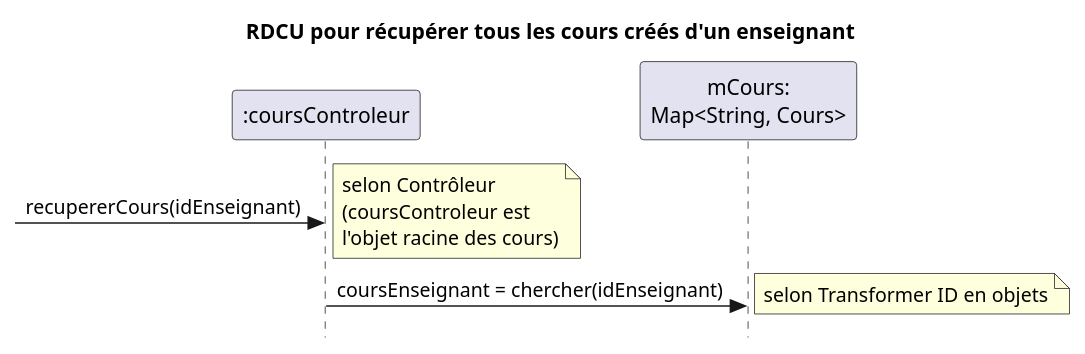
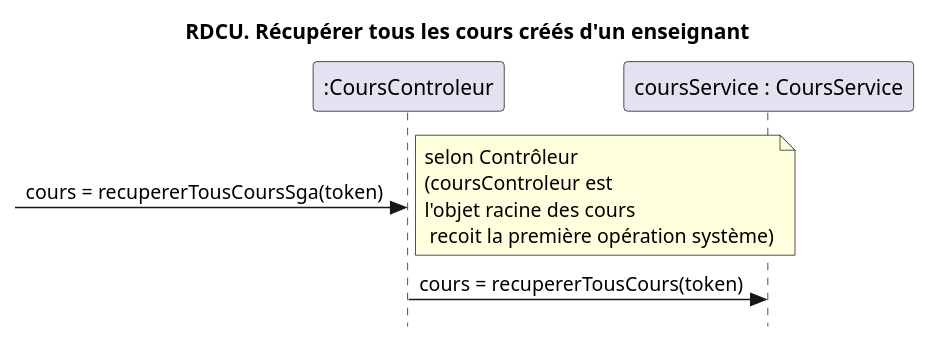
The first of 2 diagrams in docs/RDCU_Recuperer_Cours.puml (nerdz88/SGA-TS), drawn with PlantUML before and after one commit. The commit also changed other lines of this file and 9 other files, not shown here.

```diff
--- a/docs/RDCU_Recuperer_Cours.puml
+++ b/docs/RDCU_Recuperer_Cours.puml
@@ -1,12 +1,11 @@
-@startuml 
+@startuml récupérer tous les cours créés
 skinparam style strictuml
 skinparam defaultfontname Verdana
-title RDCU pour récupérer tous les cours créés d'un enseignant
-participant ":coursControleur" as controleur
-participant "mCours:\nMap<String, Cours>" as mapCours
+title RDCU. Récupérer tous les cours créés d'un enseignant
+participant ":CoursControleur" as controleur
+participant "coursService : CoursService" as mapCours
 
-->controleur : recupererCours(idEnseignant)
-note right : selon Contrôleur\n(coursControleur est\nl'objet racine des cours)
-controleur -> mapCours : coursEnseignant = chercher(idEnseignant)
-note right : selon Transformer ID en objets 
+->controleur : cours = recupererTousCoursSga(token)
+note right : selon Contrôleur\n(coursControleur est\nl'objet racine des cours\n recoit la première opération système)
+controleur -> mapCours : cours = recupererTousCours(token)
 @enduml
```
